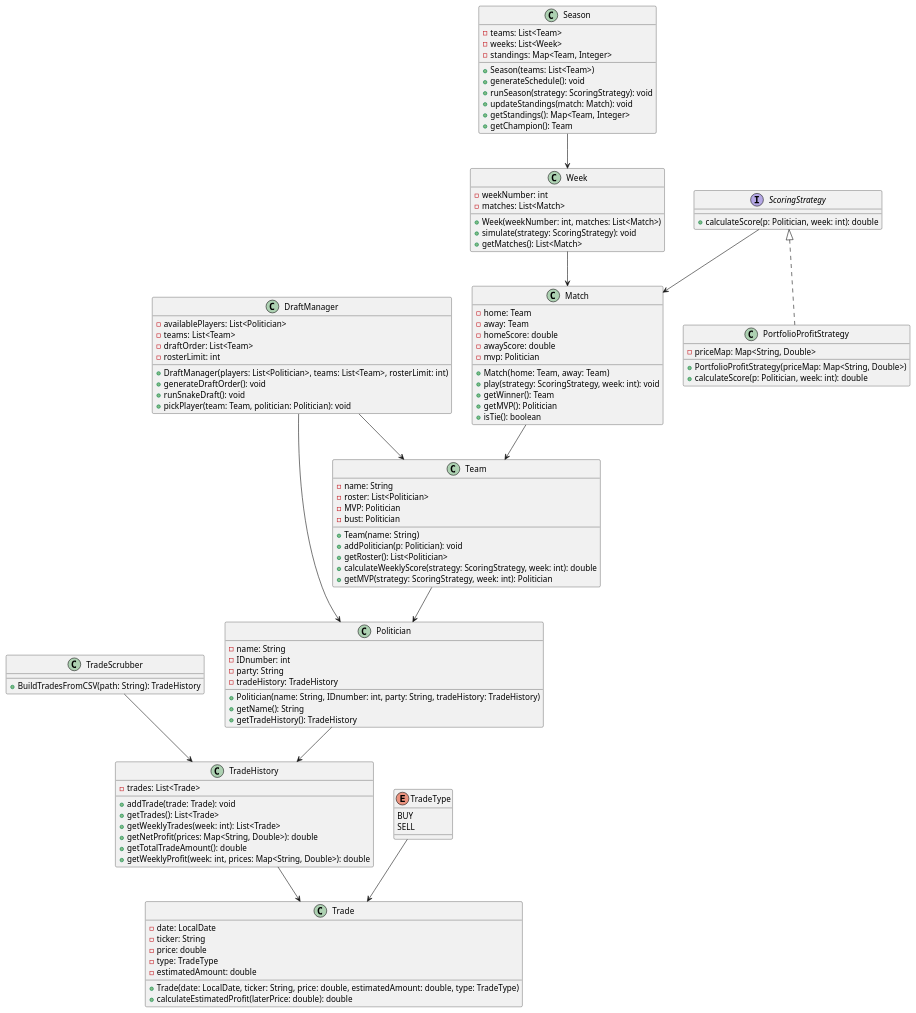
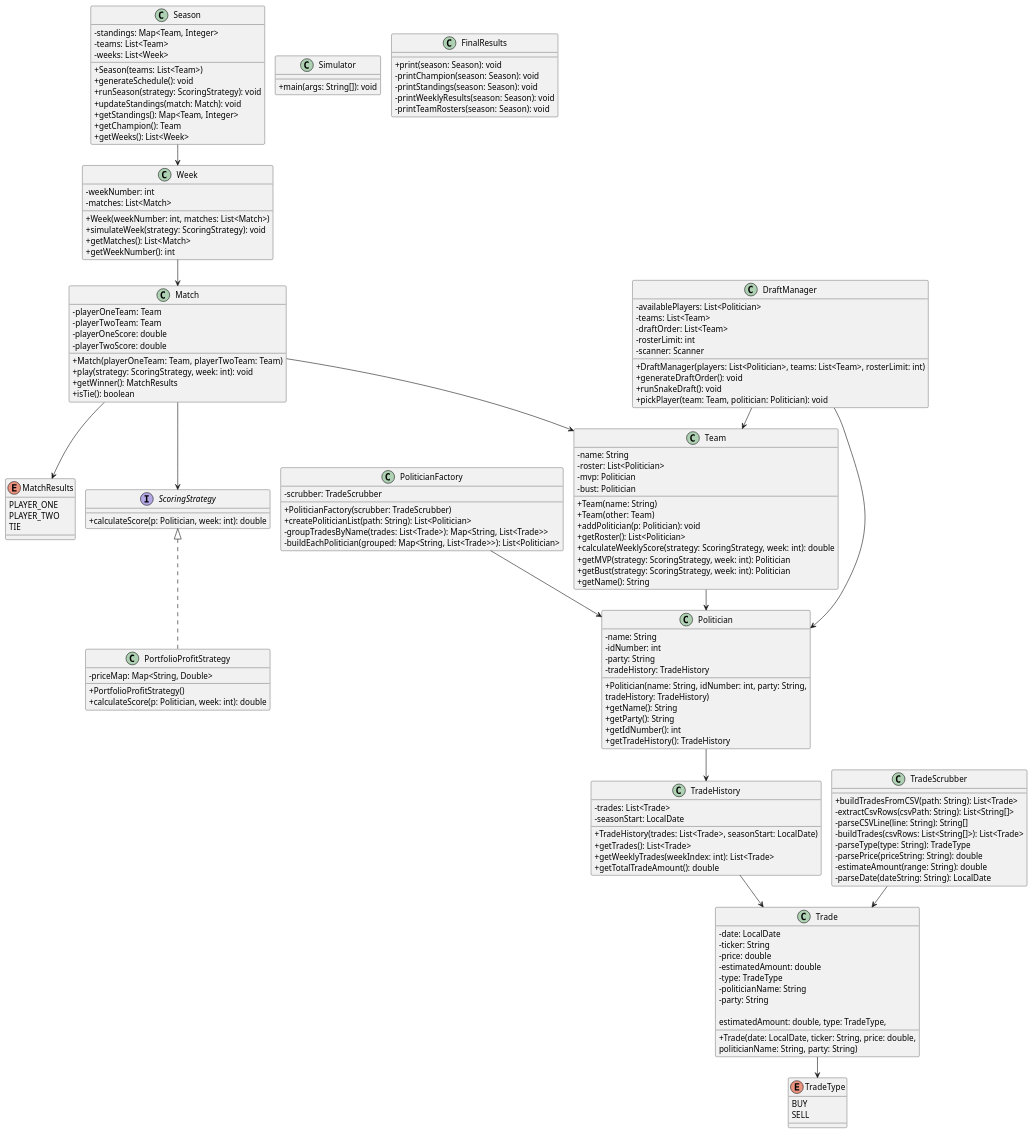
Before and after one commit to usd-comp-305/project-04-devon-christian-ian: the diagram in Draft.puml, drawn with PlantUML.

Commit message:
Draft.puml update: added Simulator and FinalResults classes

```diff
--- a/Draft.puml
+++ b/Draft.puml
@@ -1,10 +1,68 @@
 @startuml
+!pragma layout smetana
+skinparam classAttributeIconSize 0
+
+
+
+' ===========================
+'            Season
+' ===========================
+class Season {
+    - standings: Map<Team, Integer>
+    - teams: List<Team>
+    - weeks: List<Week>
+
+    + Season(teams: List<Team>)
+    + generateSchedule(): void
+    + runSeason(strategy: ScoringStrategy): void
+    + updateStandings(match: Match): void
+    + getStandings(): Map<Team, Integer>
+    + getChampion(): Team
+    + getWeeks(): List<Week>
+}
+' ===========================
+'          Simulator
+' ===========================
+class Simulator {
+    + main(args: String[]): void
+}
+
+' ===========================
+'        FinalResults
+' ===========================
+class FinalResults {
+    + print(season: Season): void
+    - printChampion(season: Season): void
+    - printStandings(season: Season): void
+    - printWeeklyResults(season: Season): void
+    - printTeamRosters(season: Season): void
+}
+
+
 
 ' ===========================
 '        TradeScrubber
 ' ===========================
 class TradeScrubber {
-    + BuildTradesFromCSV(path: String): TradeHistory
+    + buildTradesFromCSV(path: String): List<Trade>
+    - extractCsvRows(csvPath: String): List<String[]>
+    - parseCSVLine(line: String): String[]
+    - buildTrades(csvRows: List<String[]>): List<Trade>
+    - parseType(type: String): TradeType
+    - parsePrice(priceString: String): double
+    - estimateAmount(range: String): double
+    - parseDate(dateString: String): LocalDate
+}
+
+' ===========================
+'        PoliticianFactory
+' ===========================
+class PoliticianFactory {
+    - scrubber: TradeScrubber
+    + PoliticianFactory(scrubber: TradeScrubber)
+    + createPoliticianList(path: String): List<Politician>
+    - groupTradesByName(trades: List<Trade>): Map<String, List<Trade>>
+    - buildEachPolitician(grouped: Map<String, List<Trade>>): List<Politician>
 }
 
 ' ===========================
@@ -14,11 +72,14 @@
     - date: LocalDate
     - ticker: String
     - price: double
+    - estimatedAmount: double
     - type: TradeType
-    - estimatedAmount: double
+    - politicianName: String
+    - party: String
 
-    + Trade(date: LocalDate, ticker: String, price: double, estimatedAmount: double, type: TradeType)
-    + calculateEstimatedProfit(laterPrice: double): double
+    + Trade(date: LocalDate, ticker: String, price: double,
+            estimatedAmount: double, type: TradeType,
+            politicianName: String, party: String)
 }
 
 enum TradeType {
@@ -31,13 +92,12 @@
 ' ===========================
 class TradeHistory {
     - trades: List<Trade>
+    - seasonStart: LocalDate
 
-    + addTrade(trade: Trade): void
+    + TradeHistory(trades: List<Trade>, seasonStart: LocalDate)
     + getTrades(): List<Trade>
-    + getWeeklyTrades(week: int): List<Trade>
-    + getNetProfit(prices: Map<String, Double>): double
+    + getWeeklyTrades(weekIndex: int): List<Trade>
     + getTotalTradeAmount(): double
-    + getWeeklyProfit(week: int, prices: Map<String, Double>): double
 }
 
 ' ===========================
@@ -45,12 +105,15 @@
 ' ===========================
 class Politician {
     - name: String
-    - IDnumber: int
+    - idNumber: int
     - party: String
     - tradeHistory: TradeHistory
 
-    + Politician(name: String, IDnumber: int, party: String, tradeHistory: TradeHistory)
+    + Politician(name: String, idNumber: int, party: String,
+                 tradeHistory: TradeHistory)
     + getName(): String
+    + getParty(): String
+    + getIdNumber(): int
     + getTradeHistory(): TradeHistory
 }
 
@@ -62,6 +125,7 @@
     - teams: List<Team>
     - draftOrder: List<Team>
     - rosterLimit: int
+    - scanner: Scanner
 
     + DraftManager(players: List<Politician>, teams: List<Team>, rosterLimit: int)
     + generateDraftOrder(): void
@@ -75,31 +139,38 @@
 class Team {
     - name: String
     - roster: List<Politician>
-    - MVP: Politician
+    - mvp: Politician
     - bust: Politician
 
     + Team(name: String)
+    + Team(other: Team)
     + addPolitician(p: Politician): void
     + getRoster(): List<Politician>
     + calculateWeeklyScore(strategy: ScoringStrategy, week: int): double
     + getMVP(strategy: ScoringStrategy, week: int): Politician
+    + getBust(strategy: ScoringStrategy, week: int): Politician
+    + getName(): String
 }
 
 ' ===========================
 '            Match
 ' ===========================
 class Match {
-    - home: Team
-    - away: Team
-    - homeScore: double
-    - awayScore: double
-    - mvp: Politician
+    - playerOneTeam: Team
+    - playerTwoTeam: Team
+    - playerOneScore: double
+    - playerTwoScore: double
 
-    + Match(home: Team, away: Team)
+    + Match(playerOneTeam: Team, playerTwoTeam: Team)
     + play(strategy: ScoringStrategy, week: int): void
-    + getWinner(): Team
-    + getMVP(): Politician
+    + getWinner(): MatchResults
     + isTie(): boolean
+}
+
+enum MatchResults {
+    PLAYER_ONE
+    PLAYER_TWO
+    TIE
 }
 
 ' ===========================
@@ -110,24 +181,9 @@
     - matches: List<Match>
 
     + Week(weekNumber: int, matches: List<Match>)
-    + simulate(strategy: ScoringStrategy): void
+    + simulateWeek(strategy: ScoringStrategy): void
     + getMatches(): List<Match>
-}
-
-' ===========================
-'            Season
-' ===========================
-class Season {
-    - teams: List<Team>
-    - weeks: List<Week>
-    - standings: Map<Team, Integer>
-
-    + Season(teams: List<Team>)
-    + generateSchedule(): void
-    + runSeason(strategy: ScoringStrategy): void
-    + updateStandings(match: Match): void
-    + getStandings(): Map<Team, Integer>
-    + getChampion(): Team
+    + getWeekNumber(): int
 }
 
 ' ===========================
@@ -140,25 +196,31 @@
 class PortfolioProfitStrategy {
     - priceMap: Map<String, Double>
 
-    + PortfolioProfitStrategy(priceMap: Map<String, Double>)
+    + PortfolioProfitStrategy()
     + calculateScore(p: Politician, week: int): double
 }
 
 ScoringStrategy <|.. PortfolioProfitStrategy
 
+
+
 ' ===========================
 '        Relationships
 ' ===========================
-TradeScrubber --> TradeHistory
+TradeScrubber --> Trade
+PoliticianFactory --> Politician
 Politician --> TradeHistory
-TradeType --> Trade
 TradeHistory --> Trade
 Team --> Politician
 Match --> Team
-ScoringStrategy --> Match
 Week --> Match
 Season --> Week
 DraftManager --> Politician
 DraftManager --> Team
+Match --> ScoringStrategy
+Trade --> TradeType
+
+Match --> MatchResults
+
 
 @enduml
```
